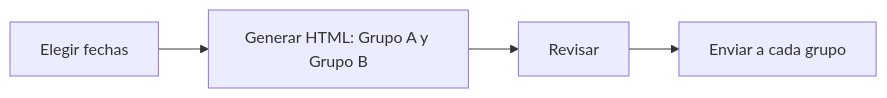
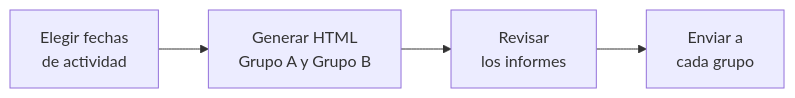
One commit to jminolli-e/case-studies changed the second of 2 diagrams in capacitaciones/actualizacion/README.md. Above: the diagram before and after it, drawn with Mermaid. The commit also changed other lines of this file, not shown here.

````diff
--- a/capacitaciones/actualizacion/README.md
+++ b/capacitaciones/actualizacion/README.md
@@ -130,6 +136,6 @@
 ```mermaid
 flowchart LR
-    A["Elegir fechas"] --> B["Generar HTML: Grupo A y Grupo B"]
-    B --> C["Revisar"]
-    C --> D["Enviar a cada grupo"]
+    A["Elegir fechas<br/>de actividad"] --> B["Generar HTML<br/>Grupo A y Grupo B"]
+    B --> C["Revisar<br/>los informes"]
+    C --> D["Enviar a<br/>cada grupo"]
 ```
````
